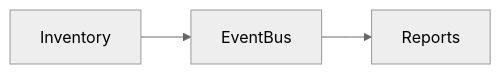
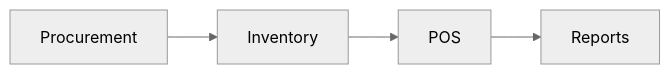
One commit to sameheg/cafeos changed the diagram in ModulesDoc/INVENTORY.md. Above: the diagram before and after it, drawn with Mermaid (neutral theme). The commit also changed other lines of this file and 21 other files, not shown here.

````diff
--- a/ModulesDoc/INVENTORY.md
+++ b/ModulesDoc/INVENTORY.md
@@ -16,5 +17,6 @@
 ```mermaid
 flowchart LR
-  A[Inventory] --> B[EventBus]
-  B --> C[Reports]
+  Procurement --> Inventory
+  Inventory --> POS
+  POS --> Reports
 ```
````
